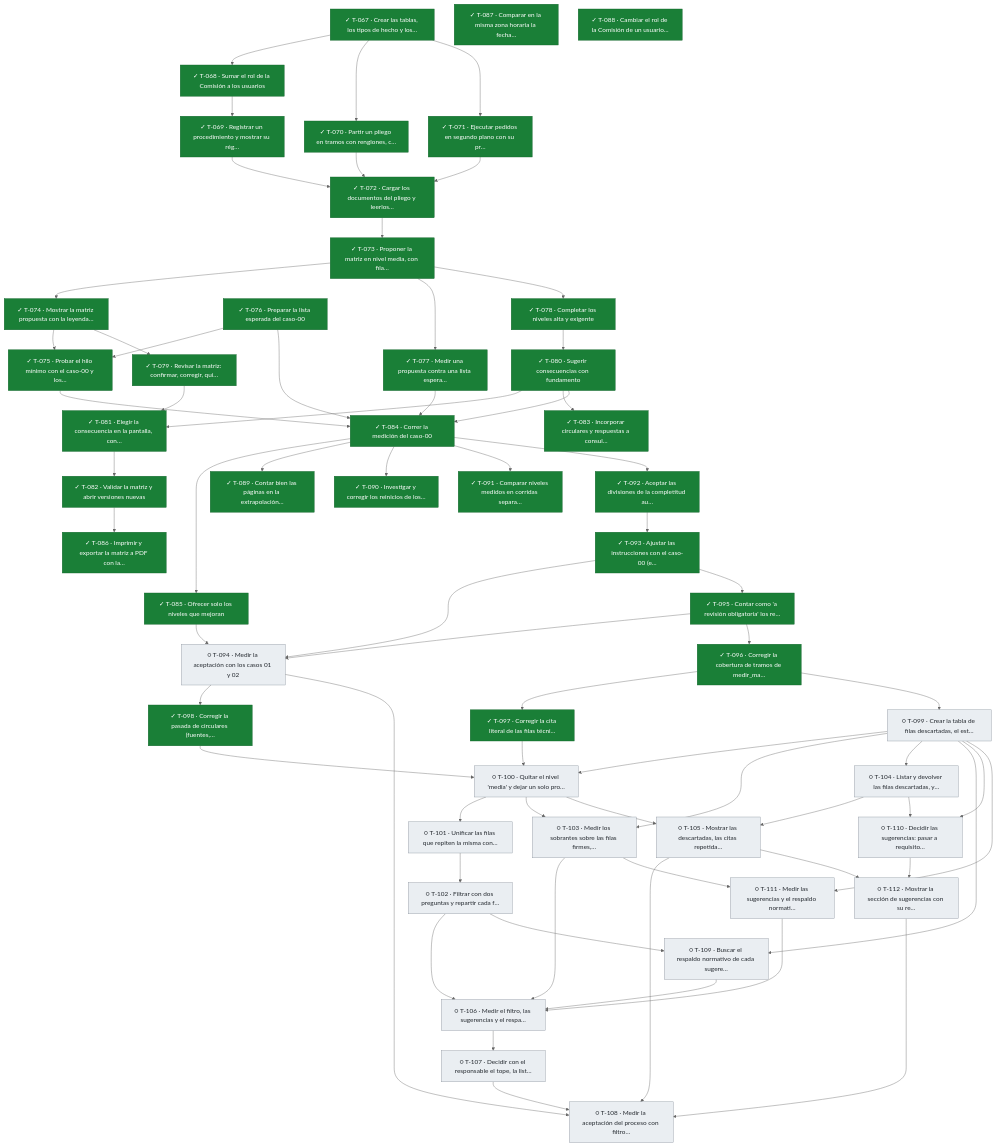
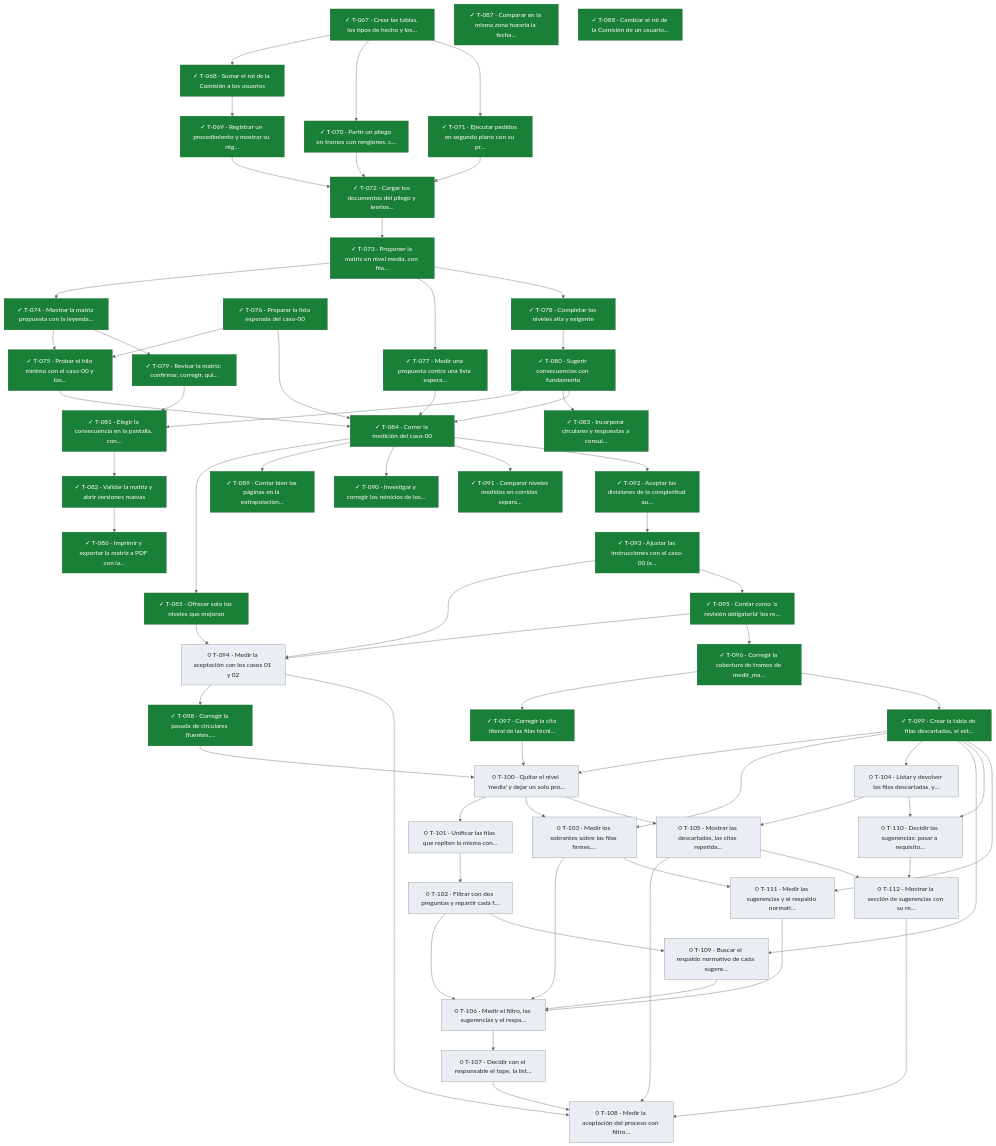
Before and after one commit to snavello/EVALUON: the fifth of 5 diagrams in docs/tablero.md, drawn with Mermaid (neutral theme). The commit also changed other lines of this file and 1 other file, not shown here.

```diff
--- a/docs/tablero.md
+++ b/docs/tablero.md
@@ -456,7 +456,7 @@
   T096["✓ T-096 · Corregir la cobertura de tramos de medir_ma…"]:::done
   T097["✓ T-097 · Corregir la cita literal de las filas técni…"]:::done
   T098["✓ T-098 · Corregir la pasada de circulares (fuentes,…"]:::done
-  T099["○ T-099 · Crear la tabla de filas descartadas, el est…"]:::todo
+  T099["✓ T-099 · Crear la tabla de filas descartadas, el est…"]:::done
   T100["○ T-100 · Quitar el nivel 'media' y dejar un solo pro…"]:::todo
   T101["○ T-101 · Unificar las filas que repiten la misma con…"]:::todo
   T102["○ T-102 · Filtrar con dos preguntas y repartir cada f…"]:::todo
```
